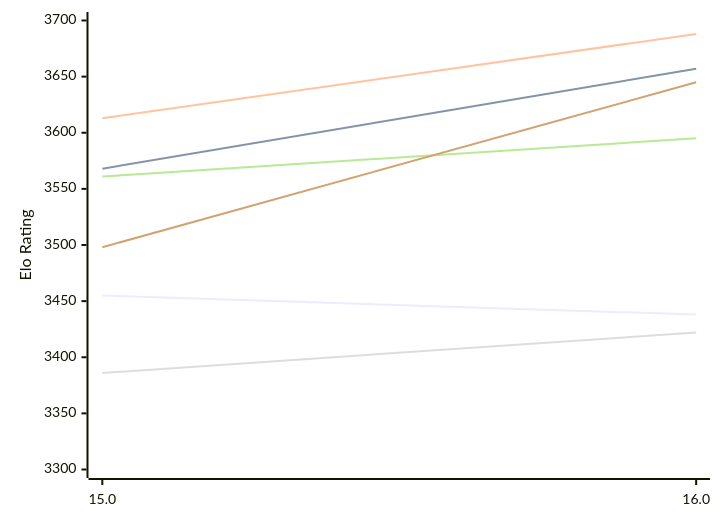
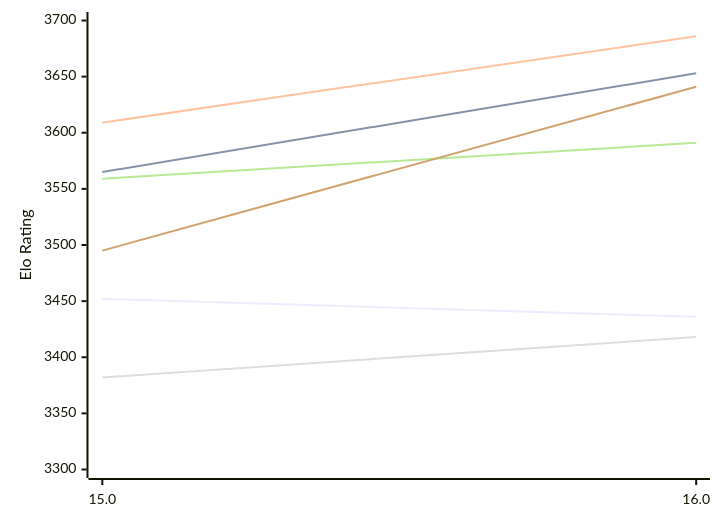
Before and after one commit to computer-chess-index/cci: the first of 2 diagrams in engines/Obsidian.md, drawn with Mermaid. The commit also changed other lines of this file, not shown here.

Commit message:
Update CCI Ratings (ELO VLTC) - 2026-11-19

````diff
--- a/engines/Obsidian.md
+++ b/engines/Obsidian.md
@@ -52,12 +52,12 @@
 ```mermaid
 %%{init: {"theme":"base","themeVariables":{"seriesColors:['#a3a3a3','#222221','#faa371']}}}%%
 xychart-beta
   x-axis ["15.0", "16.0"]
   y-axis "Elo Rating" 3300 --> 3700
-  line "E1: STC (8.0+0.08s)" [3455, 3438]
-  line "E1: LTC (60.0+0.60s)" [3568, 3657]
-  line "E1: VLTC (2m24s+1.12s)" [3613, 3688]
-  line "P1: STC (8.0+0.08s)" [3386, 3422]
-  line "P1: LTC (60.0+0.60s)" [3561, 3595]
-  line "P1: VLTC (2m24s+1.12s)" [3498, 3645]
+  line "E1: STC (8.0+0.08s)" [3452, 3436]
+  line "E1: LTC (60.0+0.60s)" [3565, 3653]
+  line "E1: VLTC (2m24s+1.12s)" [3609, 3686]
+  line "P1: STC (8.0+0.08s)" [3382, 3418]
+  line "P1: LTC (60.0+0.60s)" [3559, 3591]
+  line "P1: VLTC (2m24s+1.12s)" [3495, 3641]
 ```
````
